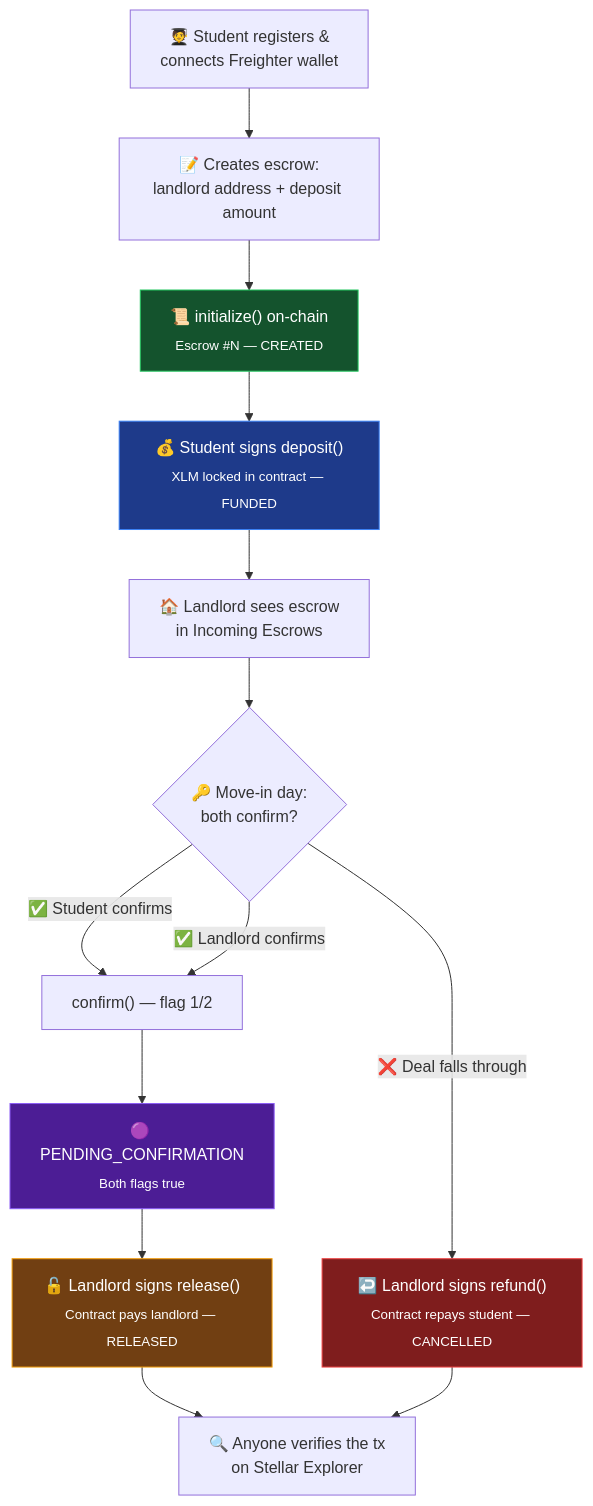
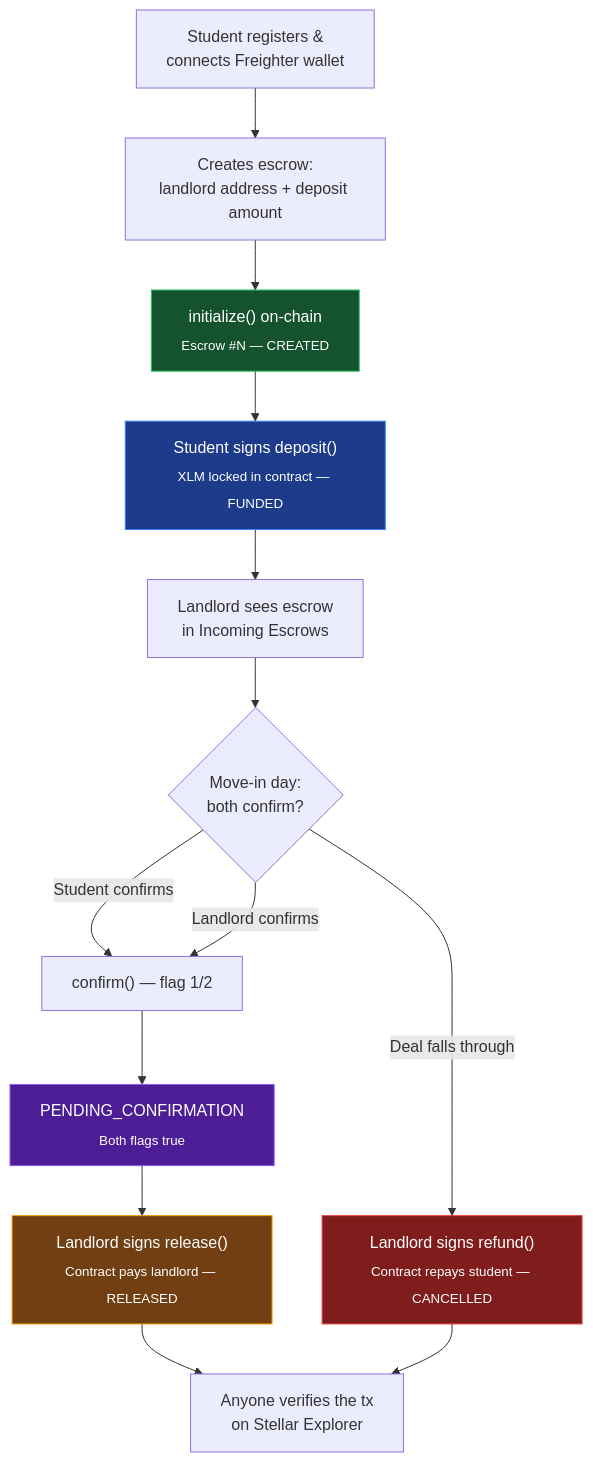
The fifth of 6 diagrams in README.md (omjoshi-2307/SureD), drawn with Mermaid before and after one commit. The commit also changed other lines of this file and 1 other file, not shown here.

````diff
--- a/README.md
+++ b/README.md
@@ -622,21 +606,21 @@
 ```mermaid
 flowchart TD
-    S1["🧑‍🎓 Student registers &<br/>connects Freighter wallet"] --> S2["📝 Creates escrow:<br/>landlord address + deposit amount"]
-    S2 --> S3["📜 initialize() on-chain<br/><sub>Escrow #N — CREATED</sub>"]
-    S3 --> S4["💰 Student signs deposit()<br/><sub>XLM locked in contract — FUNDED</sub>"]
-    S4 --> S5["🏠 Landlord sees escrow<br/>in Incoming Escrows"]
-    S5 --> S6{"🔑 Move-in day:<br/>both confirm?"}
-    S6 -->|"✅ Student confirms"| S7["confirm() — flag 1/2"]
-    S6 -->|"✅ Landlord confirms"| S7
-    S7 --> S8["🟣 PENDING_CONFIRMATION<br/><sub>Both flags true</sub>"]
-    S8 --> S9["🔓 Landlord signs release()<br/><sub>Contract pays landlord — RELEASED</sub>"]
-    S6 -->|"❌ Deal falls through"| S10["↩️ Landlord signs refund()<br/><sub>Contract repays student — CANCELLED</sub>"]
-    S9 --> S11["🔍 Anyone verifies the tx<br/>on Stellar Explorer"]
+    S1["Student registers &<br/>connects Freighter wallet"] --> S2["Creates escrow:<br/>landlord address + deposit amount"]
+    S2 --> S3["initialize() on-chain<br/><sub>Escrow #N — CREATED</sub>"]
+    S3 --> S4["Student signs deposit()<br/><sub>XLM locked in contract — FUNDED</sub>"]
+    S4 --> S5["Landlord sees escrow<br/>in Incoming Escrows"]
+    S5 --> S6{"Move-in day:<br/>both confirm?"}
+    S6 -->|"Student confirms"| S7["confirm() — flag 1/2"]
+    S6 -->|"Landlord confirms"| S7
+    S7 --> S8["PENDING_CONFIRMATION<br/><sub>Both flags true</sub>"]
+    S8 --> S9["Landlord signs release()<br/><sub>Contract pays landlord — RELEASED</sub>"]
+    S6 -->|"Deal falls through"| S10["Landlord signs refund()<br/><sub>Contract repays student — CANCELLED</sub>"]
+    S9 --> S11["Anyone verifies the tx<br/>on Stellar Explorer"]
     S10 --> S11
 
     style S3 fill:#14532d,stroke:#22C55E,color:#fff
     style S4 fill:#1e3a8a,stroke:#3B82F6,color:#fff
     style S8 fill:#4c1d95,stroke:#8B5CF6,color:#fff
     style S9 fill:#713f12,stroke:#F59E0B,color:#fff
     style S10 fill:#7f1d1d,stroke:#EF4444,color:#fff
 ```
````
